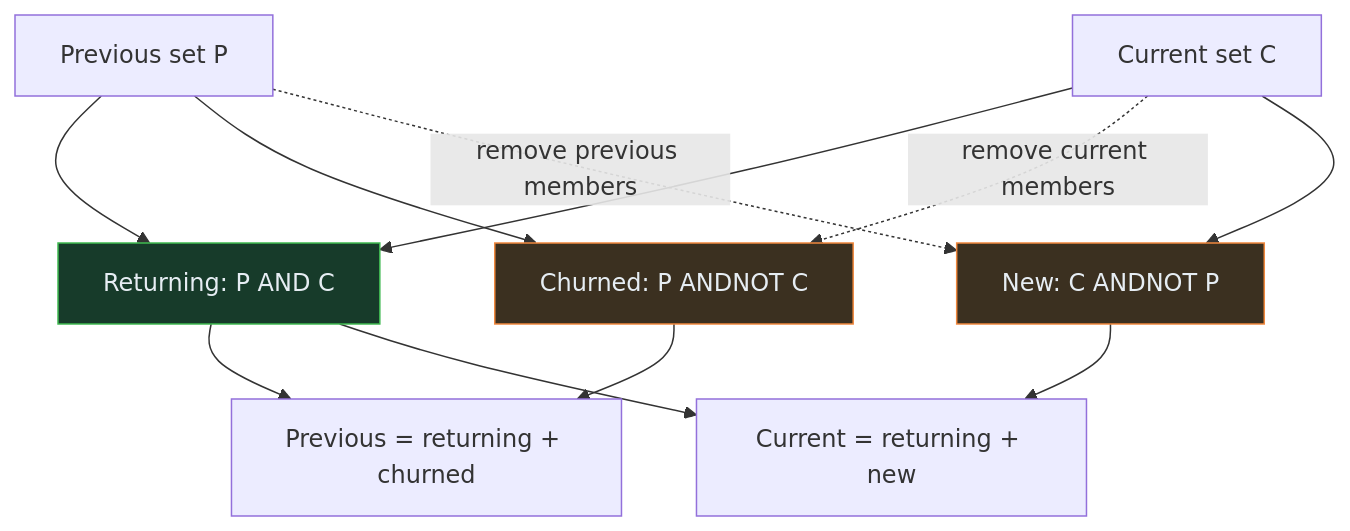
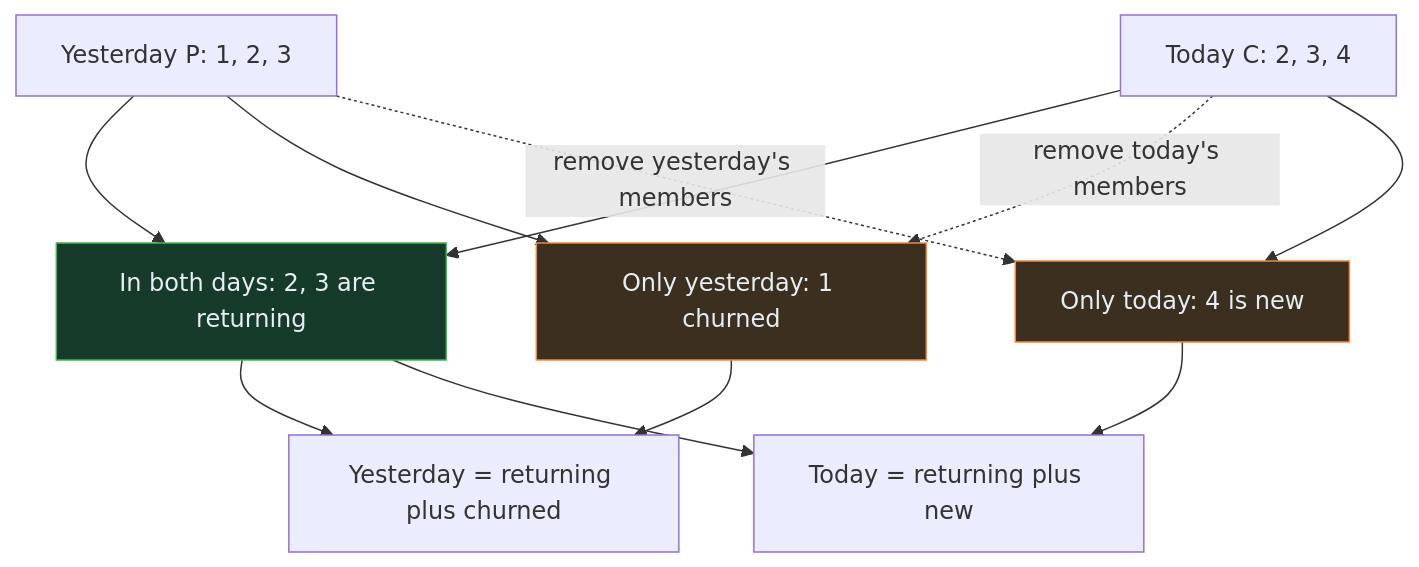
One commit to ambots13/tigerdb-learning changed the third of 3 diagrams in modules/10-roaring-bitmaps/README.md. Above: the diagram before and after it, drawn with Mermaid. The commit also changed 32 other files, not shown here.

````diff
--- a/modules/10-roaring-bitmaps/README.md
+++ b/modules/10-roaring-bitmaps/README.md
@@ -190,17 +190,17 @@
 ```mermaid
 flowchart TD
-  P["Previous set P"] --> RETURNING["Returning: P AND C"]
-  C["Current set C"] --> RETURNING
-  P --> CHURNED["Churned: P ANDNOT C"]
-  C -. "remove current members" .-> CHURNED
-  C --> NEW["New: C ANDNOT P"]
-  P -. "remove previous members" .-> NEW
-  RETURNING --> CHECKP["Previous = returning + churned"]
+  P["Yesterday P: 1, 2, 3"] --> RETURNING["In both days: 2, 3 are returning"]
+  C["Today C: 2, 3, 4"] --> RETURNING
+  P --> CHURNED["Only yesterday: 1 churned"]
+  C -. "remove today's members" .-> CHURNED
+  C --> NEW["Only today: 4 is new"]
+  P -. "remove yesterday's members" .-> NEW
+  RETURNING --> CHECKP["Yesterday = returning plus churned"]
   CHURNED --> CHECKP
-  RETURNING --> CHECKC["Current = returning + new"]
+  RETURNING --> CHECKC["Today = returning plus new"]
   NEW --> CHECKC
   classDef shared fill:#173b2a,stroke:#3fb950,color:#e6edf3
   classDef changed fill:#3b3020,stroke:#f0883e,color:#e6edf3
   class RETURNING shared
   class CHURNED,NEW changed
 ```
````
